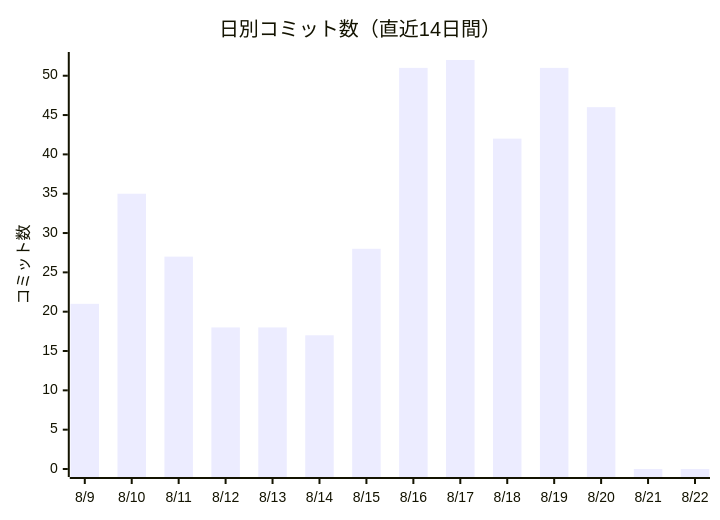
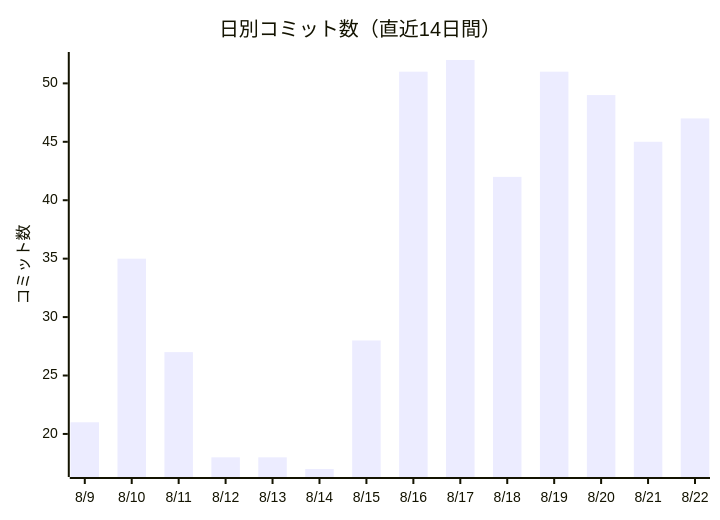
Before and after one commit to non-x2/non-x2: the first of 2 diagrams in docs/進化レポート.md, drawn with Mermaid. The commit also changed other lines of this file and 2 other files, not shown here.

First line of the commit message:
🌱 ④予備地図の座標計算ツールを追加 (#88)

````diff
--- a/docs/進化レポート.md
+++ b/docs/進化レポート.md
@@ -23,7 +23,7 @@
 ```mermaid
 xychart-beta
     title "日別コミット数（直近14日間）"
     x-axis ["8/9", "8/10", "8/11", "8/12", "8/13", "8/14", "8/15", "8/16", "8/17", "8/18", "8/19", "8/20", "8/21", "8/22"]
     y-axis "コミット数"
-    bar [21, 35, 27, 18, 18, 17, 28, 51, 52, 42, 51, 46, 0, 0]
+    bar [21, 35, 27, 18, 18, 17, 28, 51, 52, 42, 51, 49, 45, 47]
 ```
````
